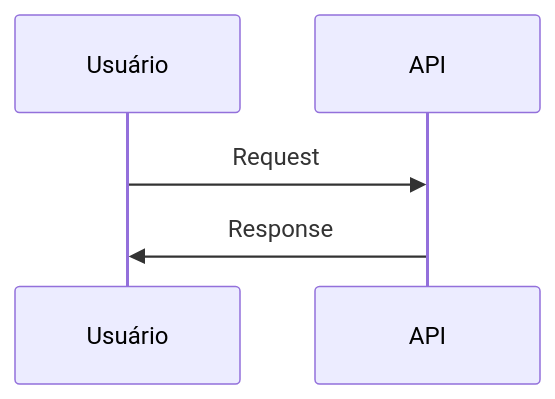
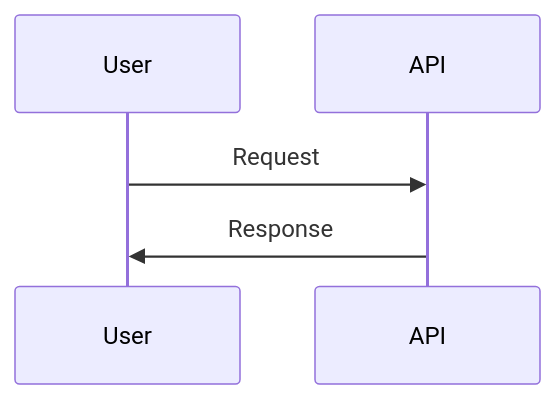
Before and after one commit to felipefontoura/spec-driven-development-book: the second of 6 diagrams in CLAUDE.md, drawn with Mermaid. The commit also changed other lines of this file and 21 other files, not shown here.

````diff
--- a/CLAUDE.md
+++ b/CLAUDE.md
@@ -52,7 +57,7 @@
 ```mermaid
 sequenceDiagram
-    participant U as Usuário
+    participant U as User
     participant A as API
     U->>A: Request
     A->>U: Response
 ```
````
